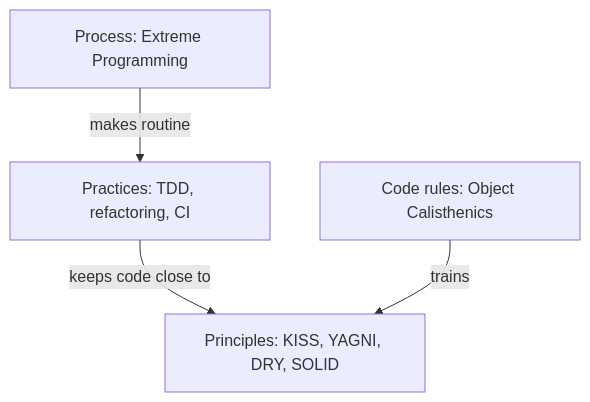
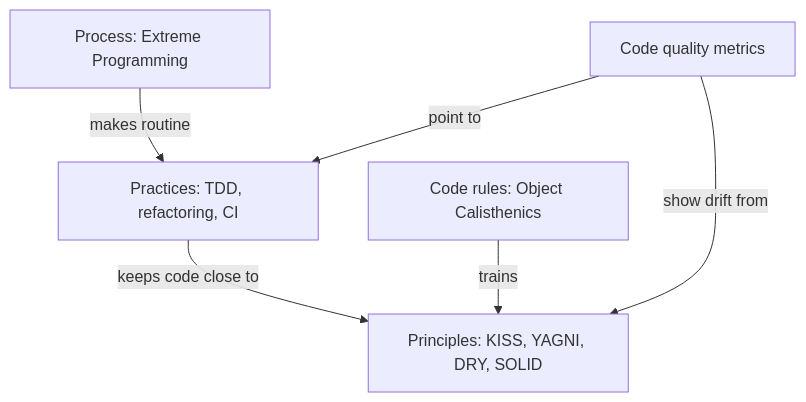
One commit to Bezugsmolluske/knowledge-base changed the diagram in Software Engineering/Software Engineering Overview.md. Above: the diagram before and after it, drawn with Mermaid. The commit also changed other lines of this file and 10 other files, not shown here.

Commit message:
add code quality section

````diff
--- a/Software Engineering/Software Engineering Overview.md
+++ b/Software Engineering/Software Engineering Overview.md
@@ -14,6 +15,8 @@
 ```mermaid
 graph TD
 XP[Process: Extreme Programming] -->|makes routine| PR[Practices: TDD, refactoring, CI]
 PR -->|keeps code close to| P[Principles: KISS, YAGNI, DRY, SOLID]
 OC[Code rules: Object Calisthenics] -->|trains| P
+M[Code quality metrics] -->|show drift from| P
+M -->|point to| PR
 ```
````
